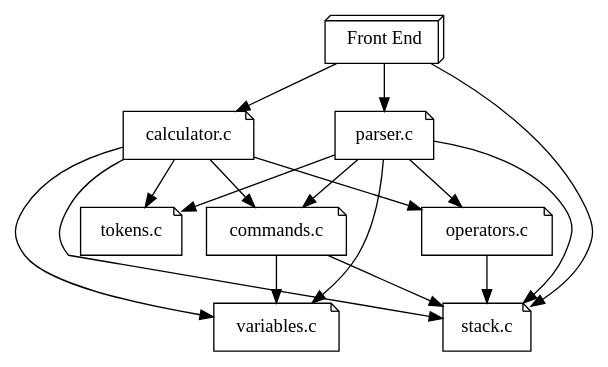
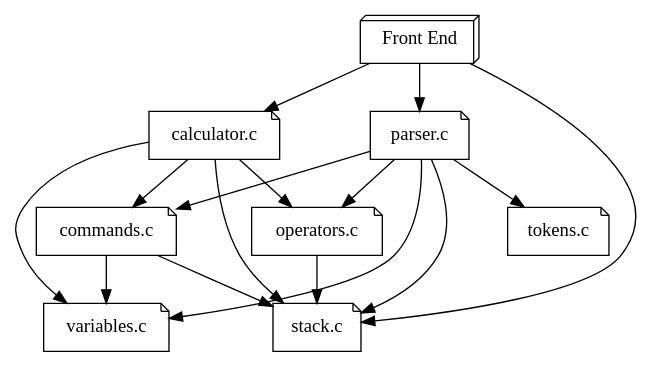
Before and after one commit to kinghajj/rpn: the diagram in doc/module_graph.dot, drawn with Graphviz. The commit also changed 3 other files, not shown here.

```diff
--- a/doc/module_graph.dot
+++ b/doc/module_graph.dot
@@ -1,32 +1,31 @@
 digraph module_graph
 {
 	front      [label="Front End" shape="box3d"];
 	calculator [label="calculator.c" shape="note"];
 	parser     [label="parser.c" shape="note"];
 	tokens     [label="tokens.c" shape="note"];
 	commands   [label="commands.c" shape="note"];
 	operators  [label="operators.c" shape="note"];
 	variables  [label="variables.c" shape="note"];
 	stack      [label="stack.c" shape="note"];
 
 	front -> calculator;
 	front -> parser;
 	front -> stack;
 
 	calculator -> commands;
 	calculator -> operators;
 	calculator -> stack;
-	calculator -> tokens;
 	calculator -> variables;
 
 	parser -> commands;
 	parser -> operators;
 	parser -> stack;
 	parser -> tokens;
 	parser -> variables;
 
 	commands -> stack;
 	commands -> variables;
 
 	operators -> stack;
 }
```
